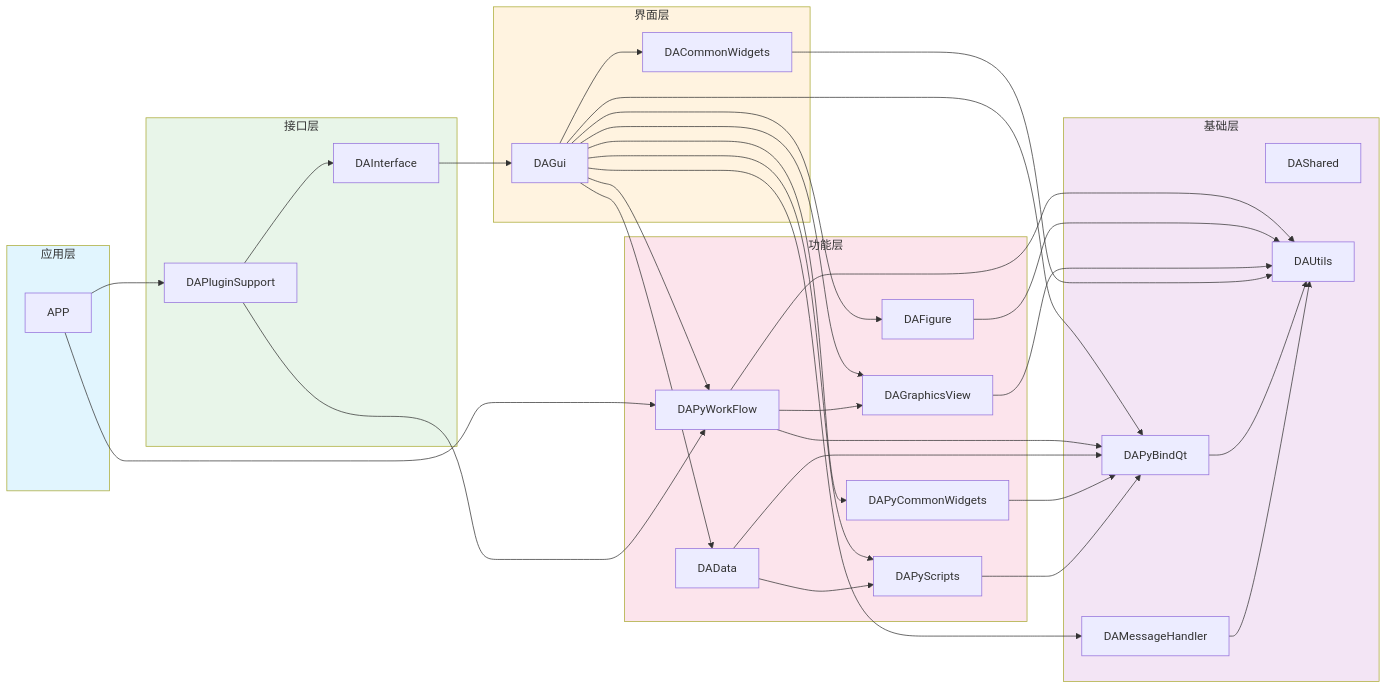
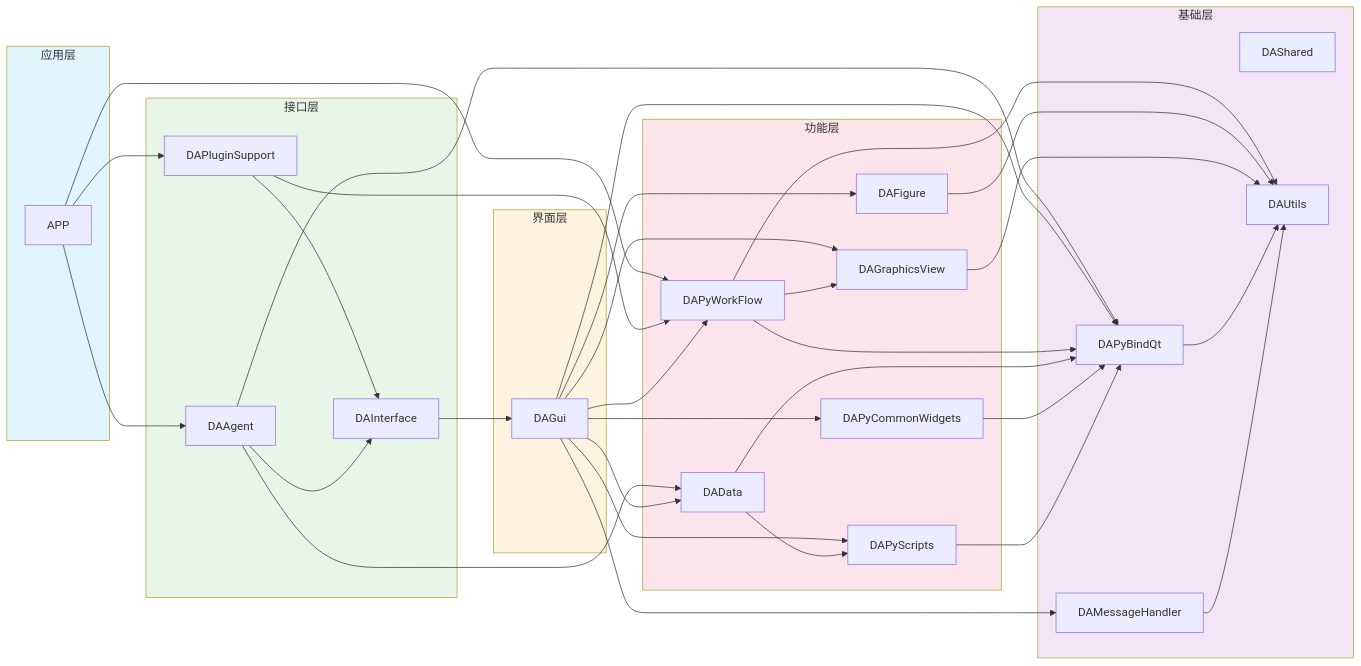
The second of 5 diagrams in docs/zh/dev-guide/architecture.md (czyt1988/data-workbench), drawn with Mermaid before and after one commit. The commit also changed other lines of this file and 69 other files, not shown here.

````diff
--- a/docs/zh/dev-guide/architecture.md
+++ b/docs/zh/dev-guide/architecture.md
@@ -138,61 +145,63 @@
 ```mermaid
 graph LR
     subgraph L5["应用层"]
         APP
     end
     subgraph L4["接口层"]
         DAI[DAInterface]
         DAPS[DAPluginSupport]
+        DAAG[DAAgent]
     end
     subgraph L3["界面层"]
         DAGui
-        DACW[DACommonWidgets]
     end
     subgraph L2["功能层"]
         DAD[DAData]
         DAF[DAFigure]
         DAPW[DAPyWorkFlow]
         DAGV[DAGraphicsView]
         DAPS2[DAPyScripts]
         DAPCW[DAPyCommonWidgets]
     end
     subgraph L1["基础层"]
         DAS[DAShared]
         DAU[DAUtils]
         DAMH[DAMessageHandler]
         DAPBQ[DAPyBindQt]
     end
 
     APP --> DAPS
     APP --> DAPW
+    APP --> DAAG
     DAPS --> DAI
     DAPS --> DAPW
     DAI --> DAGui
+    DAAG --> DAI
+    DAAG --> DAD
+    DAAG --> DAPBQ
     DAGui --> DAD
     DAGui --> DAF
     DAGui --> DAPW
     DAGui --> DAGV
-    DAGui --> DACW
     DAGui --> DAPBQ
     DAGui --> DAPS2
     DAGui --> DAPCW
     DAGui --> DAMH
     DAPW --> DAGV
     DAPW --> DAPBQ
     DAPW --> DAU
     DAD --> DAPBQ
     DAD --> DAPS2
     DAF --> DAU
     DAGV --> DAU
-    DACW --> DAU
     DAPCW --> DAPBQ
     DAPS2 --> DAPBQ
     DAPBQ --> DAU
     DAMH --> DAU
 
     style L5 fill:#e1f5fe
     style L4 fill:#e8f5e9
     style L3 fill:#fff3e0
     style L2 fill:#fce4ec
     style L1 fill:#f3e5f5
 ```
````
